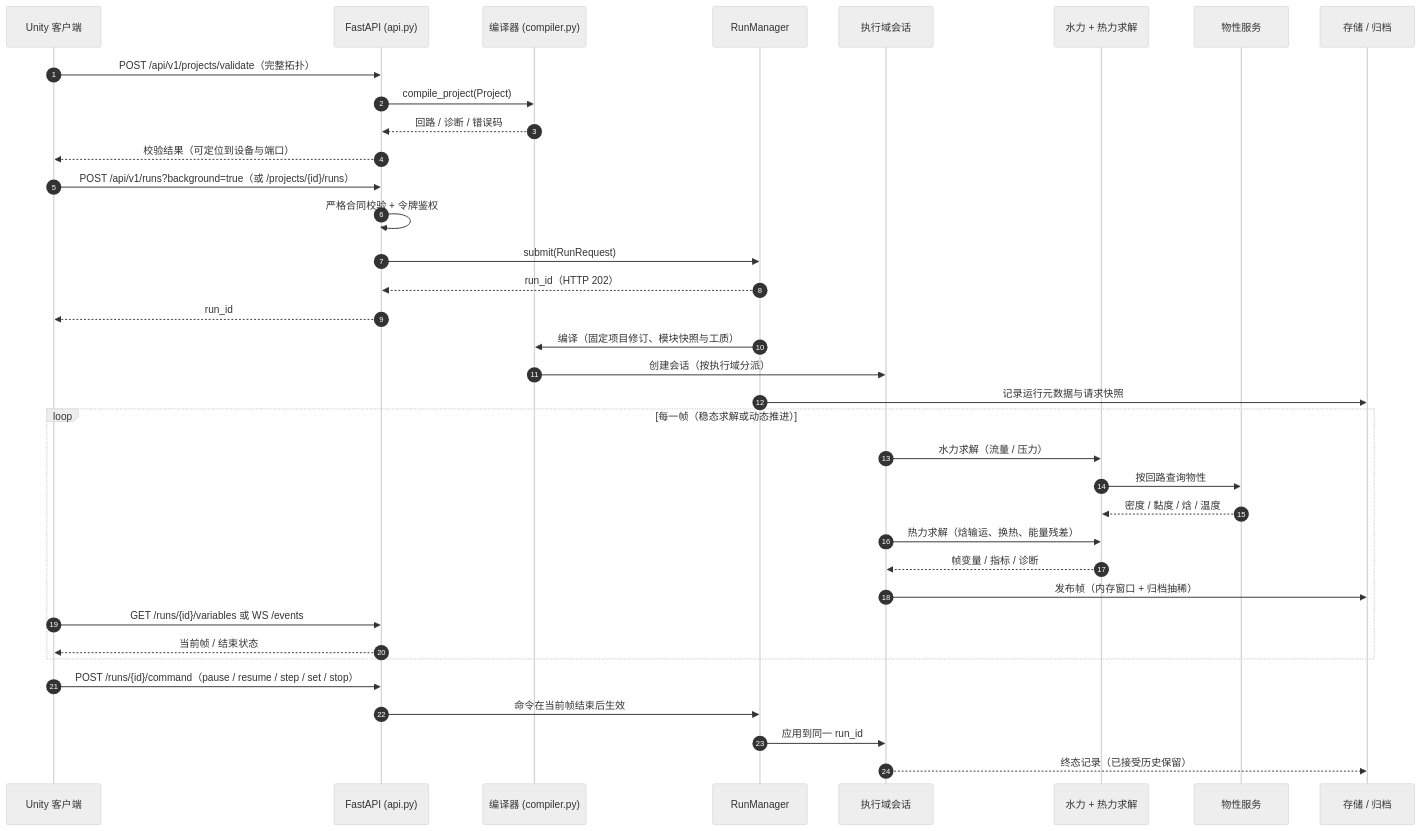
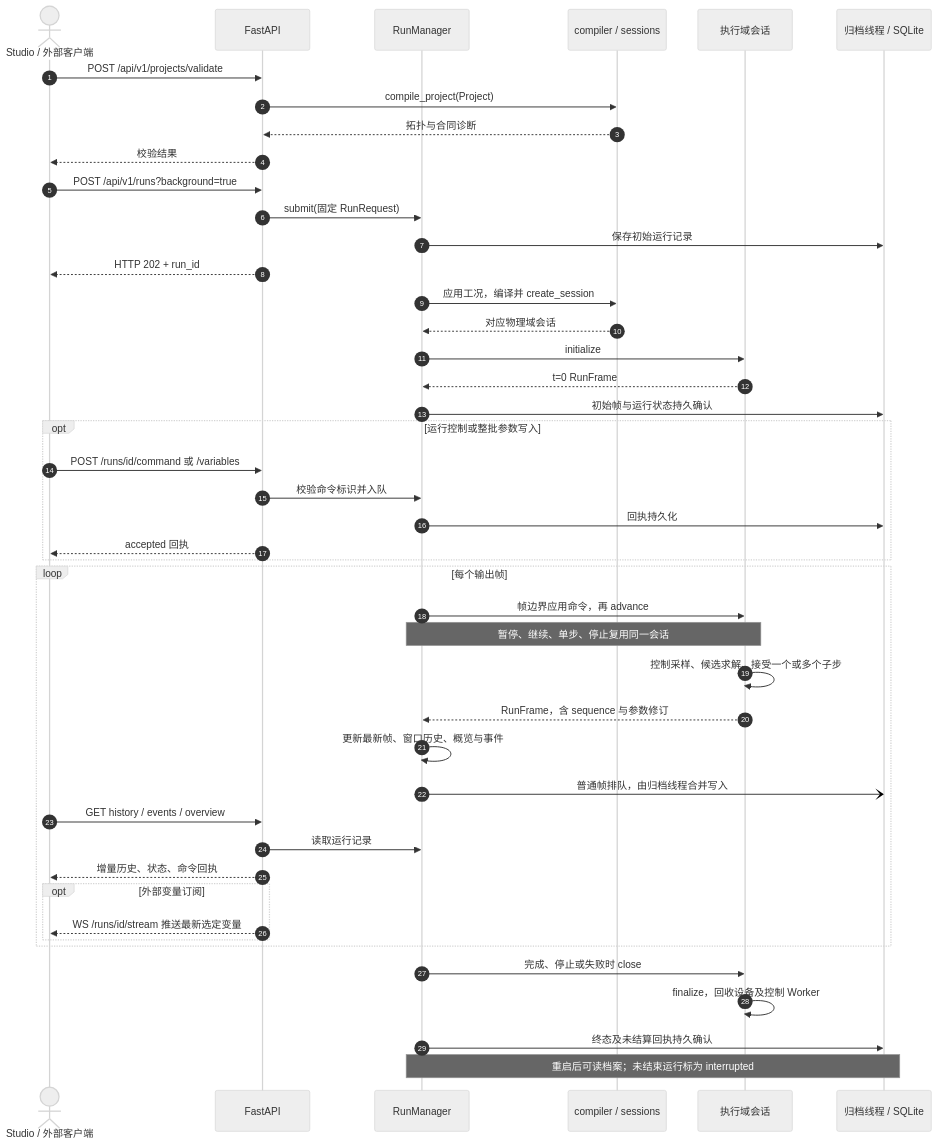
The third of 8 diagrams in fluidnet-prototype-engine/docs/ARCHITECTURE_AND_SEQUENCE.md (kongbaifan/fluidnet), drawn with Mermaid (neutral theme) before and after one commit. The commit also changed other lines of this file and 29 other files, not shown here.

First line of the commit message:
文档：按当前源码重绘架构图与核心时序图

````diff
--- a/fluidnet-prototype-engine/docs/ARCHITECTURE_AND_SEQUENCE.md
+++ b/fluidnet-prototype-engine/docs/ARCHITECTURE_AND_SEQUENCE.md
@@ -139,43 +115,47 @@
 ```mermaid
 sequenceDiagram
   autonumber
-  participant U as Unity 客户端
-  participant A as FastAPI (api.py)
-  participant C as 编译器 (compiler.py)
-  participant R as RunManager
+  actor U as Studio / 外部客户端
+  participant A as FastAPI
+  participant J as RunManager
+  participant C as compiler / sessions
   participant S as 执行域会话
-  participant N as 水力 + 热力求解
-  participant P as 物性服务
-  participant D as 存储 / 归档
-
-  U->>A: POST /api/v1/projects/validate（完整拓扑）
+  participant D as 归档线程 / SQLite
+  U->>A: POST /api/v1/projects/validate
   A->>C: compile_project(Project)
-  C-->>A: 回路 / 诊断 / 错误码
-  A-->>U: 校验结果（可定位到设备与端口）
-
-  U->>A: POST /api/v1/runs?background=true（或 /projects/{id}/runs）
-  A->>A: 严格合同校验 + 令牌鉴权
-  A->>R: submit(RunRequest)
-  R-->>A: run_id（HTTP 202）
-  A-->>U: run_id
-
-  R->>C: 编译（固定项目修订、模块快照与工质）
-  C->>S: 创建会话（按执行域分派）
-  R->>D: 记录运行元数据与请求快照
-
-  loop 每一帧（稳态求解或动态推进）
-    S->>N: 水力求解（流量 / 压力）
-    N->>P: 按回路查询物性
-    P-->>N: 密度 / 黏度 / 焓 / 温度
-    S->>N: 热力求解（焓输运、换热、能量残差）
-    N-->>S: 帧变量 / 指标 / 诊断
-    S->>D: 发布帧（内存窗口 + 归档抽稀）
-    U->>A: GET /runs/{id}/variables 或 WS /events
-    A-->>U: 当前帧 / 结束状态
+  C-->>A: 拓扑与合同诊断
+  A-->>U: 校验结果
+  U->>A: POST /api/v1/runs?background=true
+  A->>J: submit(固定 RunRequest)
+  J->>D: 保存初始运行记录
+  A-->>U: HTTP 202 + run_id
+  J->>C: 应用工况，编译并 create_session
+  C-->>J: 对应物理域会话
+  J->>S: initialize
+  S-->>J: t=0 RunFrame
+  J->>D: 初始帧与运行状态持久确认
+  opt 运行控制或整批参数写入
+    U->>A: POST /runs/id/command 或 /variables
+    A->>J: 校验命令标识并入队
+    J->>D: 回执持久化
+    A-->>U: accepted 回执
   end
-
-  U->>A: POST /runs/{id}/command（pause / resume / step / set / stop）
-  A->>R: 命令在当前帧结束后生效
-  R->>S: 应用到同一 run_id
-  S-->>D: 终态记录（已接受历史保留）
+  loop 每个输出帧
+    J->>S: 帧边界应用命令，再 advance
+    Note over J,S: 暂停、继续、单步、停止复用同一会话
+    S->>S: 控制采样、候选求解、接受一个或多个子步
+    S-->>J: RunFrame，含 sequence 与参数修订
+    J->>J: 更新最新帧、窗口历史、概览与事件
+    J-)D: 普通帧排队，由归档线程合并写入
+    U->>A: GET history / events / overview
+    A->>J: 读取运行记录
+    A-->>U: 增量历史、状态、命令回执
+    opt 外部变量订阅
+      A-->>U: WS /runs/id/stream 推送最新选定变量
+    end
+  end
+  J->>S: 完成、停止或失败时 close
+  S->>S: finalize，回收设备及控制 Worker
+  J->>D: 终态及未结算回执持久确认
+  Note over J,D: 重启后可读档案；未结束运行标为 interrupted
 ```
````
